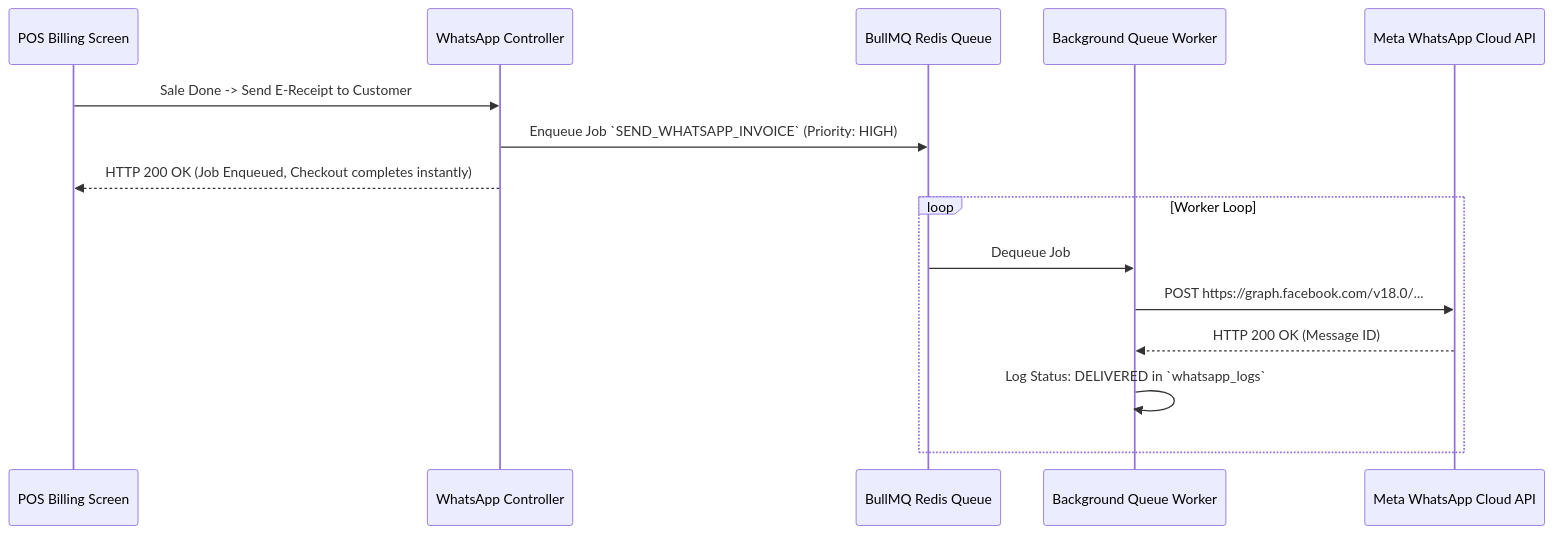
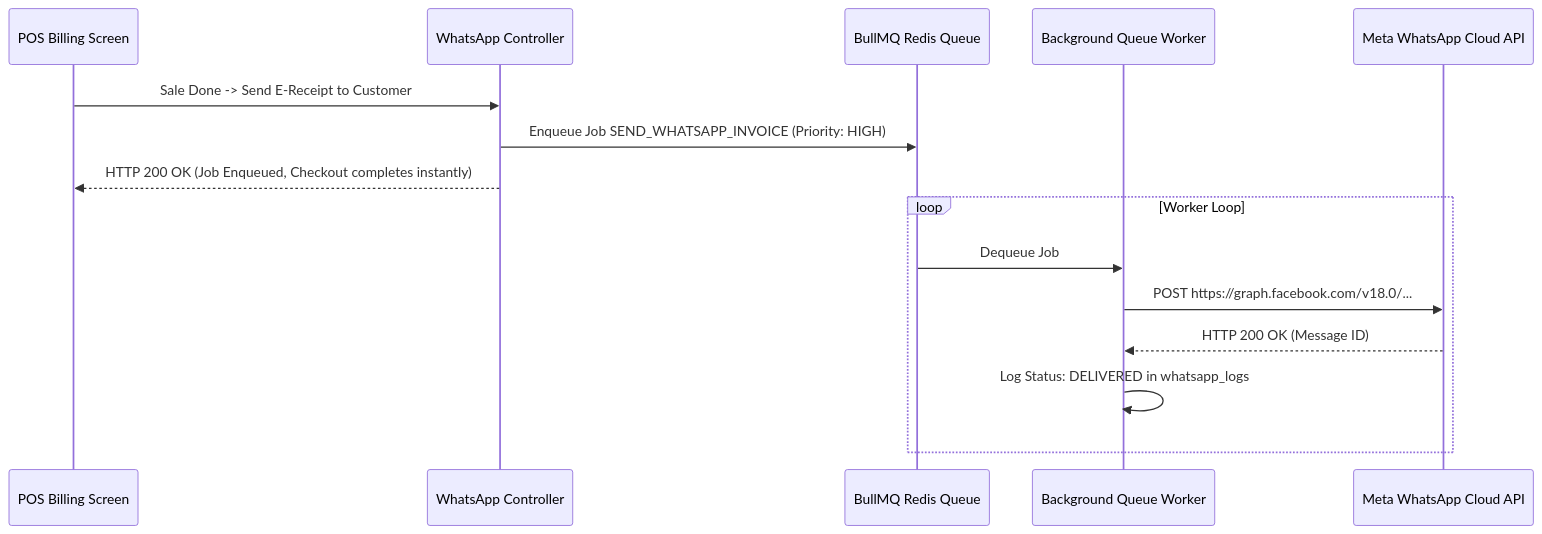
One commit to studentsdav/RetailSale changed the second of 2 diagrams in Docs/Developer-Guide-Plugins-Workflows-Automation.md. Above: the diagram before and after it, drawn with Mermaid. The commit also changed other lines of this file and 18 other files, not shown here.

````diff
--- a/Docs/Developer-Guide-Plugins-Workflows-Automation.md
+++ b/Docs/Developer-Guide-Plugins-Workflows-Automation.md
@@ -69,19 +69,19 @@
 ```mermaid
 sequenceDiagram
     participant POS as POS Billing Screen
     participant API as WhatsApp Controller
     participant Redis as BullMQ Redis Queue
     participant Worker as Background Queue Worker
     participant Meta as Meta WhatsApp Cloud API
     
     POS->>API: Sale Done -> Send E-Receipt to Customer
-    API->>Redis: Enqueue Job `SEND_WHATSAPP_INVOICE` (Priority: HIGH)
+    API->>Redis: Enqueue Job SEND_WHATSAPP_INVOICE (Priority: HIGH)
     API-->>POS: HTTP 200 OK (Job Enqueued, Checkout completes instantly)
     
     loop Worker Loop
         Redis->>Worker: Dequeue Job
         Worker->>Meta: POST https://graph.facebook.com/v18.0/...
         Meta-->>Worker: HTTP 200 OK (Message ID)
-        Worker->>Worker: Log Status: DELIVERED in `whatsapp_logs`
+        Worker->>Worker: Log Status: DELIVERED in whatsapp_logs
     end
 ```
````
